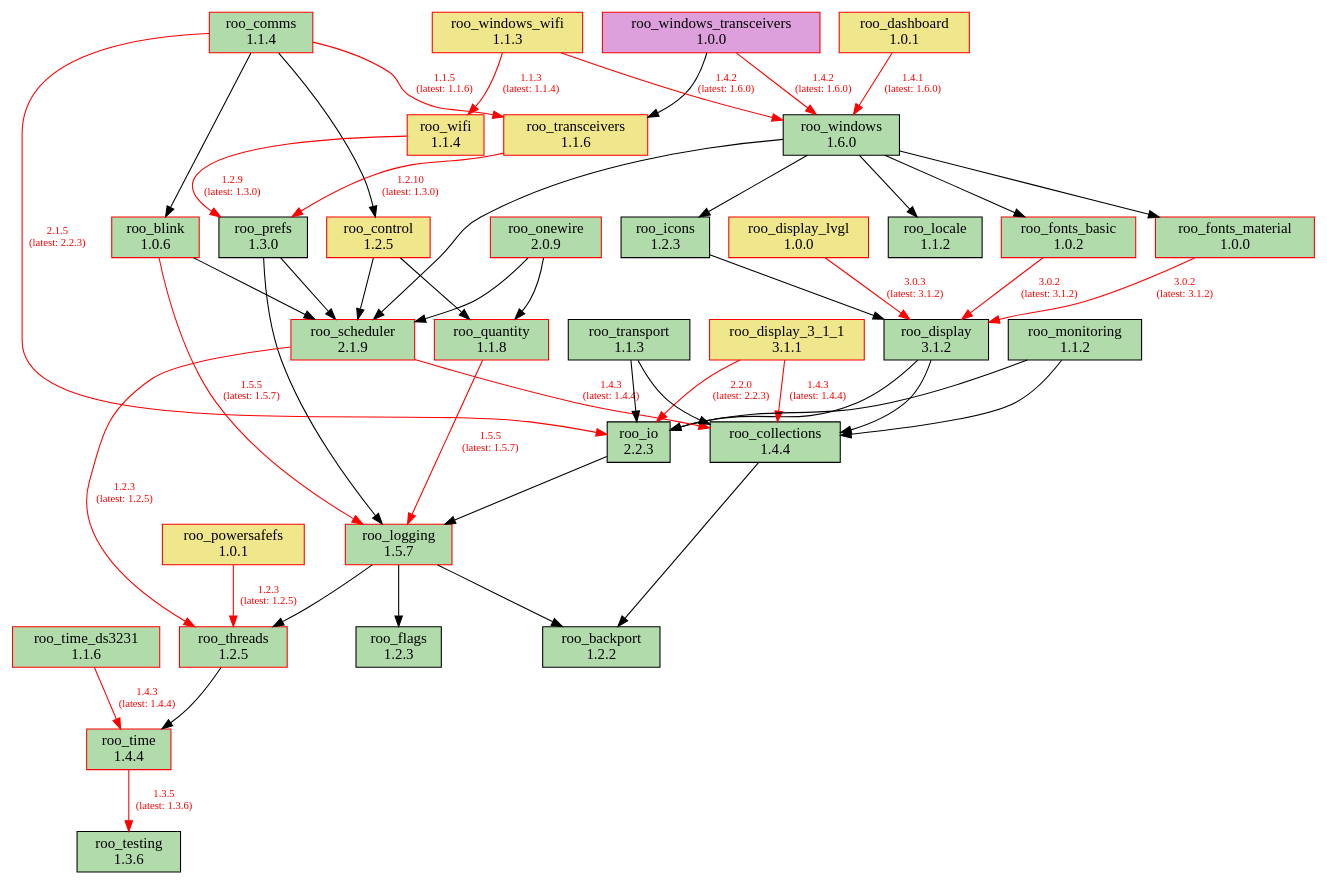
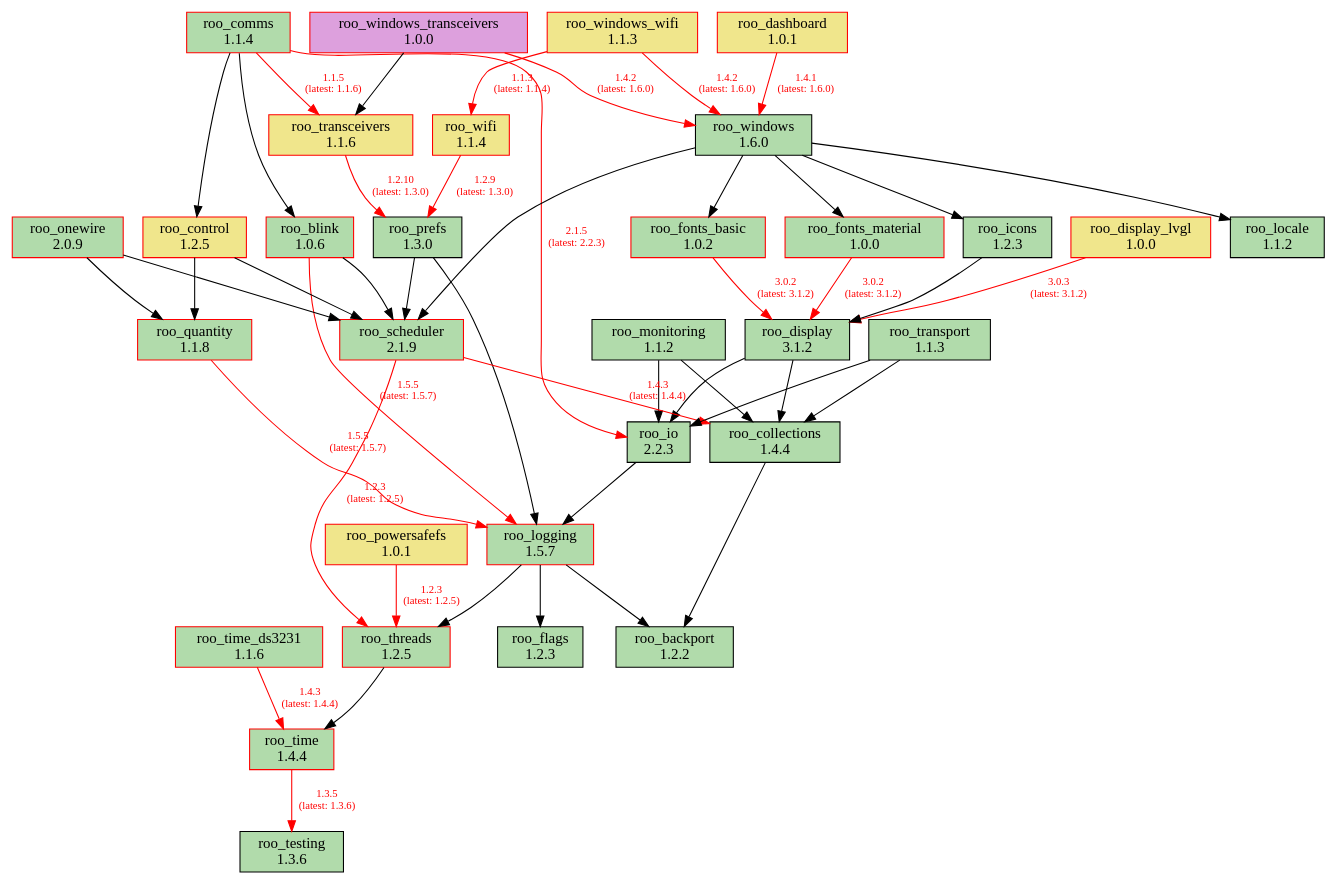
The diagram in doc/dependencies.dot (dejwk/roo-registry), drawn with Graphviz before and after one commit. The commit also changed 1 other file, not shown here.

Commit message:
Updated dependency graph.

```diff
--- a/doc/dependencies.dot
+++ b/doc/dependencies.dot
@@ -1,89 +1,86 @@
 digraph dependencies {
     rankdir=TB;
     node [shape=box, style=filled];
     edge [fontsize=10];
 
     // Modules
     "roo_backport" [label="roo_backport\n1.2.2", fillcolor="#b1dbab", color="black"];
     "roo_blink" [label="roo_blink\n1.0.6", fillcolor="#b1dbab", color="red"];
     "roo_collections" [label="roo_collections\n1.4.4", fillcolor="#b1dbab", color="black"];
     "roo_comms" [label="roo_comms\n1.1.4", fillcolor="#b1dbab", color="red"];
     "roo_control" [label="roo_control\n1.2.5", fillcolor="khaki", color="red"];
     "roo_dashboard" [label="roo_dashboard\n1.0.1", fillcolor="khaki", color="red"];
     "roo_display" [label="roo_display\n3.1.2", fillcolor="#b1dbab", color="black"];
-    "roo_display_3_1_1" [label="roo_display_3_1_1\n3.1.1", fillcolor="khaki", color="red"];
     "roo_display_lvgl" [label="roo_display_lvgl\n1.0.0", fillcolor="khaki", color="red"];
     "roo_flags" [label="roo_flags\n1.2.3", fillcolor="#b1dbab", color="black"];
     "roo_fonts_basic" [label="roo_fonts_basic\n1.0.2", fillcolor="#b1dbab", color="red"];
     "roo_fonts_material" [label="roo_fonts_material\n1.0.0", fillcolor="#b1dbab", color="red"];
     "roo_icons" [label="roo_icons\n1.2.3", fillcolor="#b1dbab", color="black"];
     "roo_io" [label="roo_io\n2.2.3", fillcolor="#b1dbab", color="black"];
     "roo_locale" [label="roo_locale\n1.1.2", fillcolor="#b1dbab", color="black"];
     "roo_logging" [label="roo_logging\n1.5.7", fillcolor="#b1dbab", color="red"];
     "roo_monitoring" [label="roo_monitoring\n1.1.2", fillcolor="#b1dbab", color="black"];
     "roo_onewire" [label="roo_onewire\n2.0.9", fillcolor="#b1dbab", color="red"];
     "roo_powersafefs" [label="roo_powersafefs\n1.0.1", fillcolor="khaki", color="red"];
     "roo_prefs" [label="roo_prefs\n1.3.0", fillcolor="#b1dbab", color="black"];
     "roo_quantity" [label="roo_quantity\n1.1.8", fillcolor="#b1dbab", color="red"];
     "roo_scheduler" [label="roo_scheduler\n2.1.9", fillcolor="#b1dbab", color="red"];
     "roo_testing" [label="roo_testing\n1.3.6", fillcolor="#b1dbab", color="black"];
     "roo_threads" [label="roo_threads\n1.2.5", fillcolor="#b1dbab", color="red"];
     "roo_time" [label="roo_time\n1.4.4", fillcolor="#b1dbab", color="red"];
     "roo_time_ds3231" [label="roo_time_ds3231\n1.1.6", fillcolor="#b1dbab", color="red"];
     "roo_transceivers" [label="roo_transceivers\n1.1.6", fillcolor="khaki", color="red"];
     "roo_transport" [label="roo_transport\n1.1.3", fillcolor="#b1dbab", color="black"];
     "roo_wifi" [label="roo_wifi\n1.1.4", fillcolor="khaki", color="red"];
     "roo_windows" [label="roo_windows\n1.6.0", fillcolor="#b1dbab", color="black"];
     "roo_windows_transceivers" [label="roo_windows_transceivers\n1.0.0", fillcolor="plum", color="red"];
     "roo_windows_wifi" [label="roo_windows_wifi\n1.1.3", fillcolor="khaki", color="red"];
 
     // Dependencies
     "roo_blink" -> "roo_logging" [color=red, fontcolor=red, label="1.5.5\n(latest: 1.5.7)"];
     "roo_blink" -> "roo_scheduler";
     "roo_collections" -> "roo_backport";
     "roo_comms" -> "roo_blink";
     "roo_comms" -> "roo_control";
     "roo_comms" -> "roo_io" [color=red, fontcolor=red, label="2.1.5\n(latest: 2.2.3)"];
     "roo_comms" -> "roo_transceivers" [color=red, fontcolor=red, label="1.1.5\n(latest: 1.1.6)"];
     "roo_control" -> "roo_quantity";
     "roo_control" -> "roo_scheduler";
     "roo_dashboard" -> "roo_windows" [color=red, fontcolor=red, label="1.4.1\n(latest: 1.6.0)"];
     "roo_display" -> "roo_collections";
     "roo_display" -> "roo_io";
-    "roo_display_3_1_1" -> "roo_collections" [color=red, fontcolor=red, label="1.4.3\n(latest: 1.4.4)"];
-    "roo_display_3_1_1" -> "roo_io" [color=red, fontcolor=red, label="2.2.0\n(latest: 2.2.3)"];
     "roo_display_lvgl" -> "roo_display" [color=red, fontcolor=red, label="3.0.3\n(latest: 3.1.2)"];
     "roo_fonts_basic" -> "roo_display" [color=red, fontcolor=red, label="3.0.2\n(latest: 3.1.2)"];
     "roo_fonts_material" -> "roo_display" [color=red, fontcolor=red, label="3.0.2\n(latest: 3.1.2)"];
     "roo_icons" -> "roo_display";
     "roo_io" -> "roo_logging";
     "roo_logging" -> "roo_backport";
     "roo_logging" -> "roo_flags";
     "roo_logging" -> "roo_threads";
     "roo_monitoring" -> "roo_collections";
     "roo_monitoring" -> "roo_io";
     "roo_onewire" -> "roo_scheduler";
     "roo_onewire" -> "roo_quantity";
     "roo_powersafefs" -> "roo_threads" [color=red, fontcolor=red, label="1.2.3\n(latest: 1.2.5)"];
     "roo_prefs" -> "roo_logging";
     "roo_prefs" -> "roo_scheduler";
     "roo_quantity" -> "roo_logging" [color=red, fontcolor=red, label="1.5.5\n(latest: 1.5.7)"];
     "roo_scheduler" -> "roo_collections" [color=red, fontcolor=red, label="1.4.3\n(latest: 1.4.4)"];
     "roo_scheduler" -> "roo_threads" [color=red, fontcolor=red, label="1.2.3\n(latest: 1.2.5)"];
     "roo_threads" -> "roo_time";
     "roo_time" -> "roo_testing" [color=red, fontcolor=red, label="1.3.5\n(latest: 1.3.6)"];
     "roo_time_ds3231" -> "roo_time" [color=red, fontcolor=red, label="1.4.3\n(latest: 1.4.4)"];
     "roo_transceivers" -> "roo_prefs" [color=red, fontcolor=red, label="1.2.10\n(latest: 1.3.0)"];
     "roo_transport" -> "roo_collections";
     "roo_transport" -> "roo_io";
     "roo_wifi" -> "roo_prefs" [color=red, fontcolor=red, label="1.2.9\n(latest: 1.3.0)"];
     "roo_windows" -> "roo_fonts_basic";
     "roo_windows" -> "roo_fonts_material";
     "roo_windows" -> "roo_locale";
     "roo_windows" -> "roo_icons";
     "roo_windows" -> "roo_scheduler";
     "roo_windows_transceivers" -> "roo_transceivers";
     "roo_windows_transceivers" -> "roo_windows" [color=red, fontcolor=red, label="1.4.2\n(latest: 1.6.0)"];
     "roo_windows_wifi" -> "roo_wifi" [color=red, fontcolor=red, label="1.1.3\n(latest: 1.1.4)"];
     "roo_windows_wifi" -> "roo_windows" [color=red, fontcolor=red, label="1.4.2\n(latest: 1.6.0)"];
 }
```
